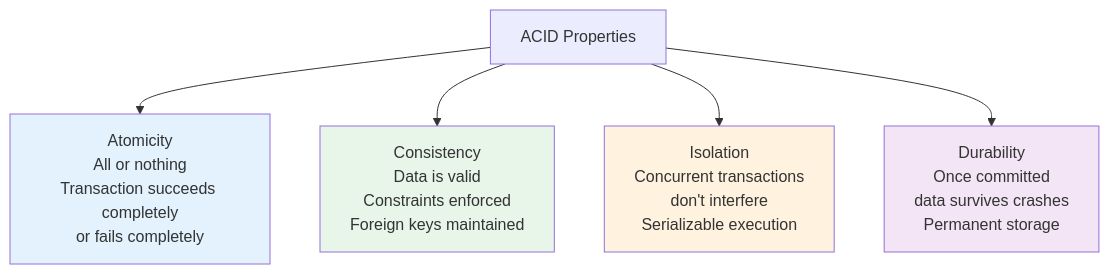
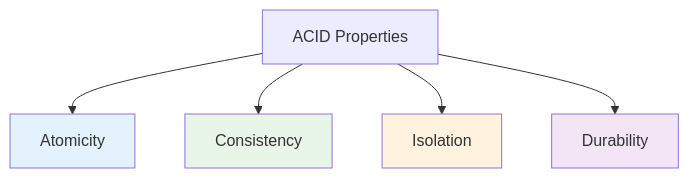
The ninth of 10 diagrams in HLD/foundation/02_databases.md (p1kmr/for-reading), drawn with Mermaid before and after one commit. The commit also changed other lines of this file and 2 other files, not shown here.

Commit message:
Fix Mermaid rendering issues in Databases and Message Queues guides by simplifying complex diagrams

````diff
--- a/HLD/foundation/02_databases.md
+++ b/HLD/foundation/02_databases.md
@@ -489,17 +510,14 @@
 ```mermaid
 graph TB
     ACID[ACID Properties]
 
-    ACID --> A[Atomicity<br/>All or nothing<br/>Transaction succeeds completely<br/>or fails completely]
-
-    ACID --> C[Consistency<br/>Data is valid<br/>Constraints enforced<br/>Foreign keys maintained]
-
-    ACID --> I[Isolation<br/>Concurrent transactions<br/>don't interfere<br/>Serializable execution]
-
-    ACID --> D[Durability<br/>Once committed<br/>data survives crashes<br/>Permanent storage]
+    ACID --> A[Atomicity]
+    ACID --> C[Consistency]
+    ACID --> I[Isolation]
+    ACID --> D[Durability]
 
     style A fill:#e3f2fd
     style C fill:#e8f5e9
     style I fill:#fff3e0
     style D fill:#f3e5f5
 ```
````
